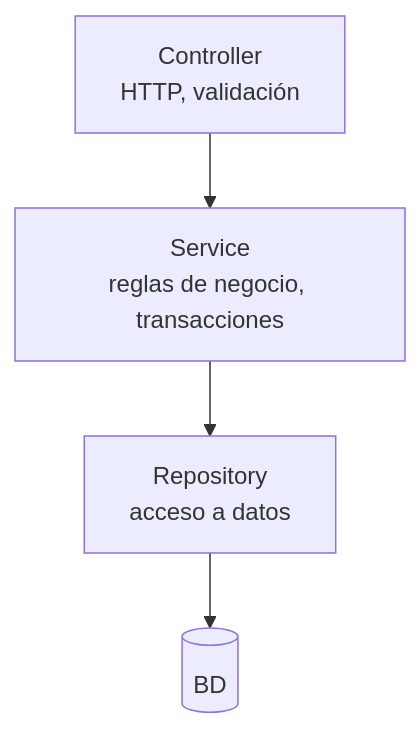
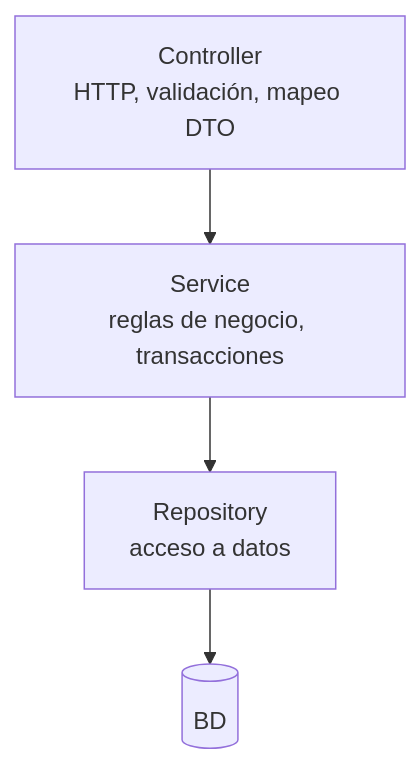
One commit to obiticadev/DAM-2025-26 changed the first of 4 diagrams in Programación/Aprendizaje autodidacta/11_APIRESTMasterclass/teoria/10_Arquitectura_Patrones.md. Above: the diagram before and after it, drawn with Mermaid. The commit also changed other lines of this file and 51 other files, not shown here.

````diff
--- a/Programación/Aprendizaje autodidacta/11_APIRESTMasterclass/teoria/10_Arquitectura_Patrones.md
+++ b/Programación/Aprendizaje autodidacta/11_APIRESTMasterclass/teoria/10_Arquitectura_Patrones.md
@@ -10,6 +32,6 @@
 ```mermaid
 flowchart TD
-    C[Controller<br/>HTTP, validación] --> S[Service<br/>reglas de negocio, transacciones]
+    C[Controller<br/>HTTP, validación, mapeo DTO] --> S[Service<br/>reglas de negocio, transacciones]
     S --> R[Repository<br/>acceso a datos]
     R --> DB[(BD)]
 ```
````
